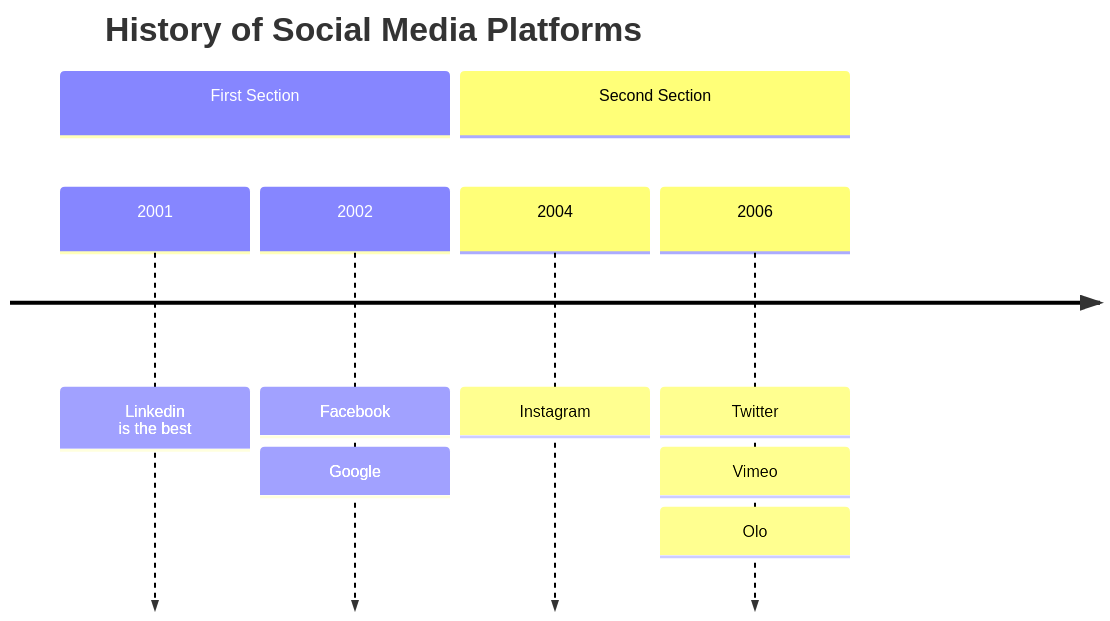
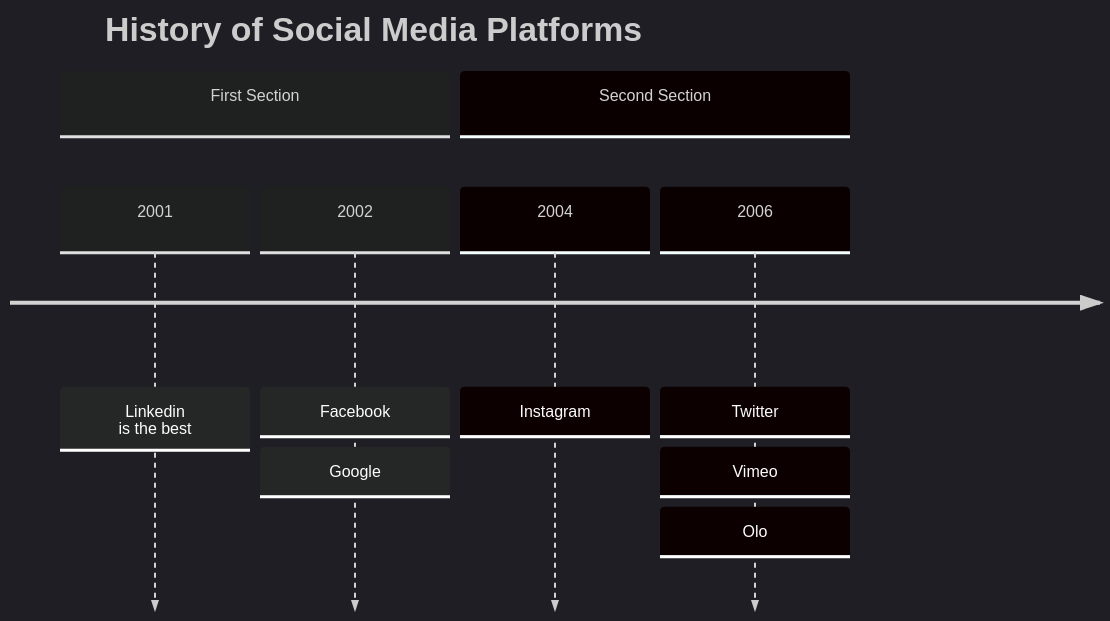
Before and after one commit to alexanderlhk/Sandbox: the sixth of 8 diagrams in MermaidPractice.md, drawn with Mermaid. The commit also changed other lines of this file, not shown here.

Commit message:
Added new types of graphs

````diff
--- a/MermaidPractice.md
+++ b/MermaidPractice.md
@@ -83,13 +83,19 @@
 ```mermaid
+---
+config:
+    look: handDrawn
+    theme: dark
+---
+%% to get the hand drawn look use configuration.
 timeline
     title History of Social Media Platforms
     section First Section
         2001 : Linkedin <br> is the best
         %% use <br> for line breaks
         2002 : Facebook
                 : Google
     section Second Section
     2004 : Instagram
     2006 : Twitter
          : Vimeo : Olo
 ```
````
